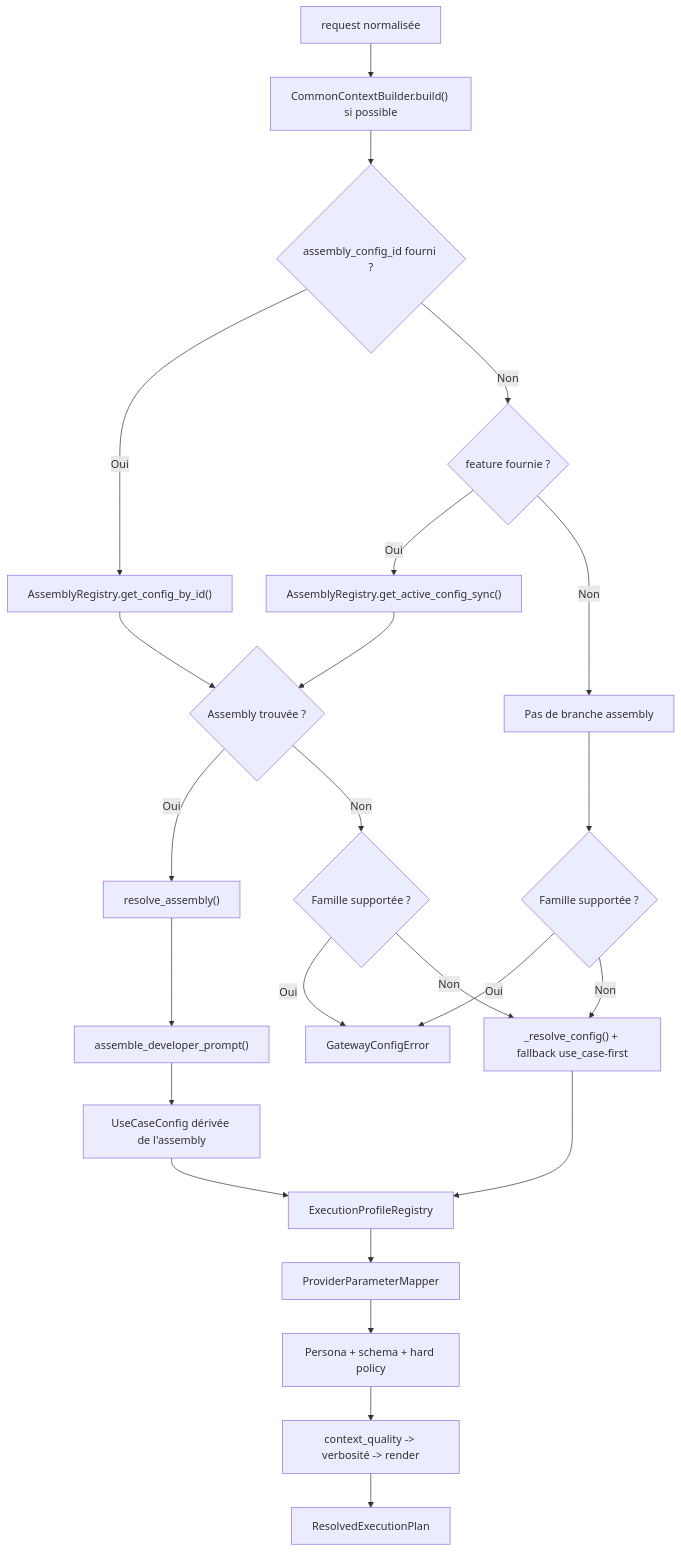
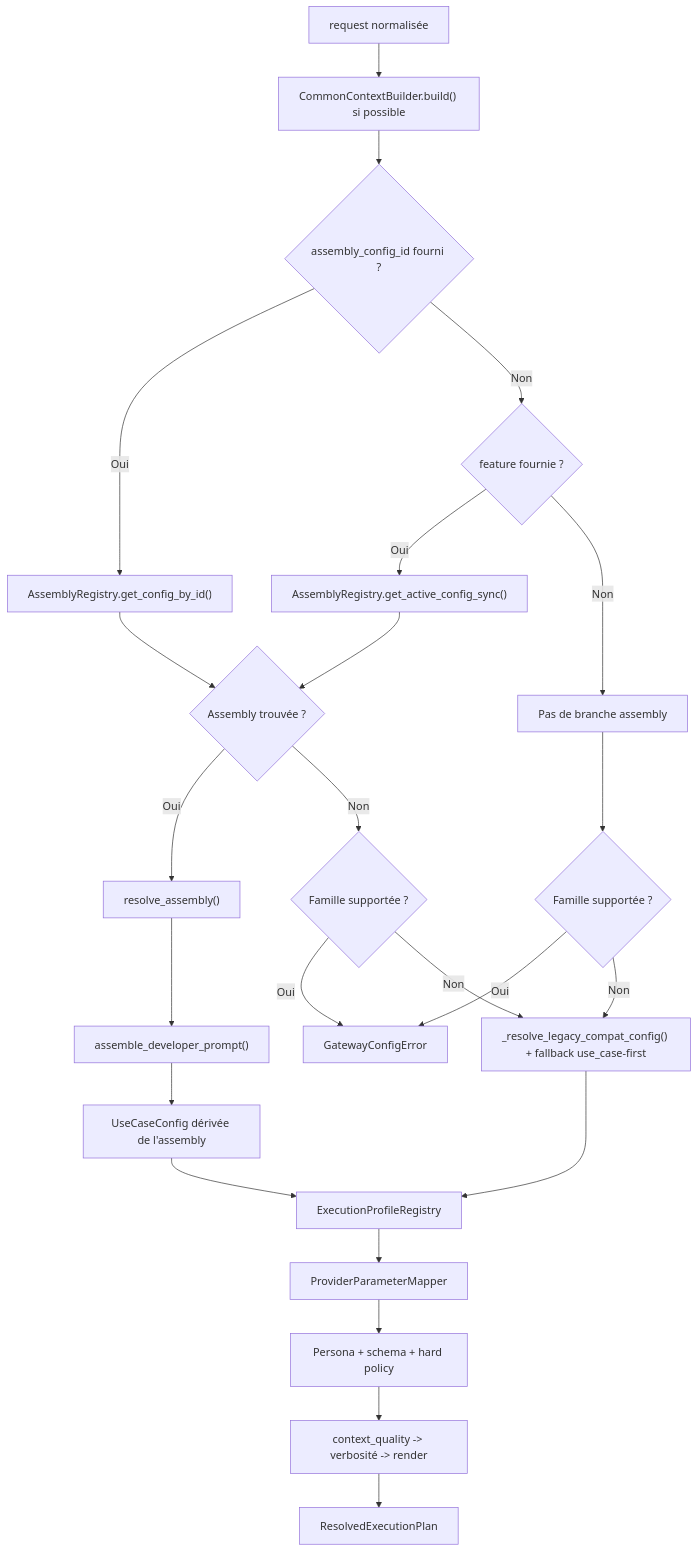
One commit to daconrilcy/horoscope_front changed the second of 3 diagrams in docs/llm-prompt-generation-by-feature.md. Above: the diagram before and after it, drawn with Mermaid. The commit also changed other lines of this file and 37 other files, not shown here.

````diff
--- a/docs/llm-prompt-generation-by-feature.md
+++ b/docs/llm-prompt-generation-by-feature.md
@@ -203,30 +203,30 @@
 ```mermaid
 flowchart TD
     A["request normalisée"] --> B["CommonContextBuilder.build() si possible"]
     B --> C{"assembly_config_id fourni ?"}
     C -->|Oui| D["AssemblyRegistry.get_config_by_id()"]
     C -->|Non| E{"feature fournie ?"}
     E -->|Oui| F["AssemblyRegistry.get_active_config_sync()"]
     E -->|Non| G["Pas de branche assembly"]
 
     D --> H{"Assembly trouvée ?"}
     F --> H
     G --> I{"Famille supportée ?"}
 
     H -->|Oui| J["resolve_assembly()"]
     J --> K["assemble_developer_prompt()"]
     K --> L["UseCaseConfig dérivée de l'assembly"]
 
     H -->|Non| M{"Famille supportée ?"}
     I -->|Oui| N["GatewayConfigError"]
-    I -->|Non| O["_resolve_config() + fallback use_case-first"]
+I -->|Non| O["_resolve_legacy_compat_config() + fallback use_case-first"]
     M -->|Oui| N
     M -->|Non| O
 
     L --> P["ExecutionProfileRegistry"]
     O --> P
     P --> Q["ProviderParameterMapper"]
     Q --> R["Persona + schema + hard policy"]
     R --> S["context_quality -> verbosité -> render"]
     S --> T["ResolvedExecutionPlan"]
 ```
````
